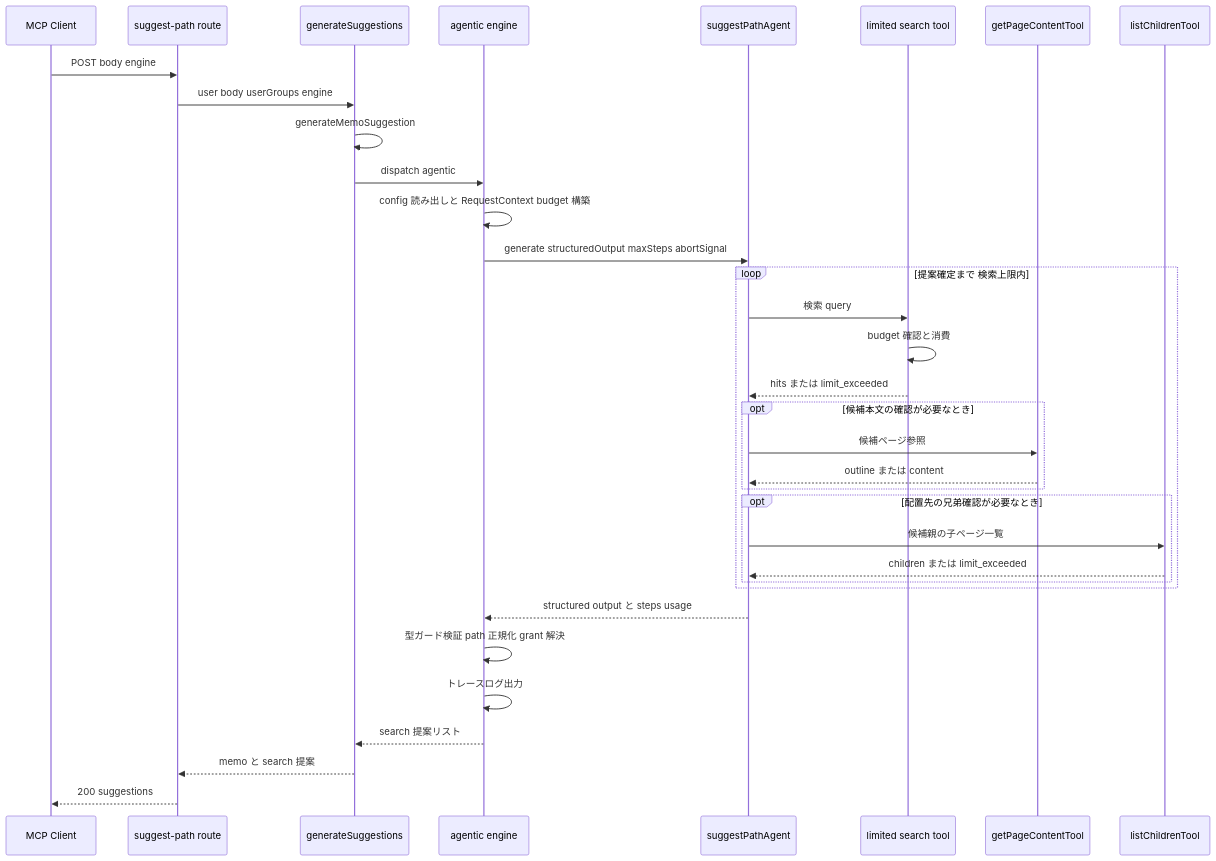
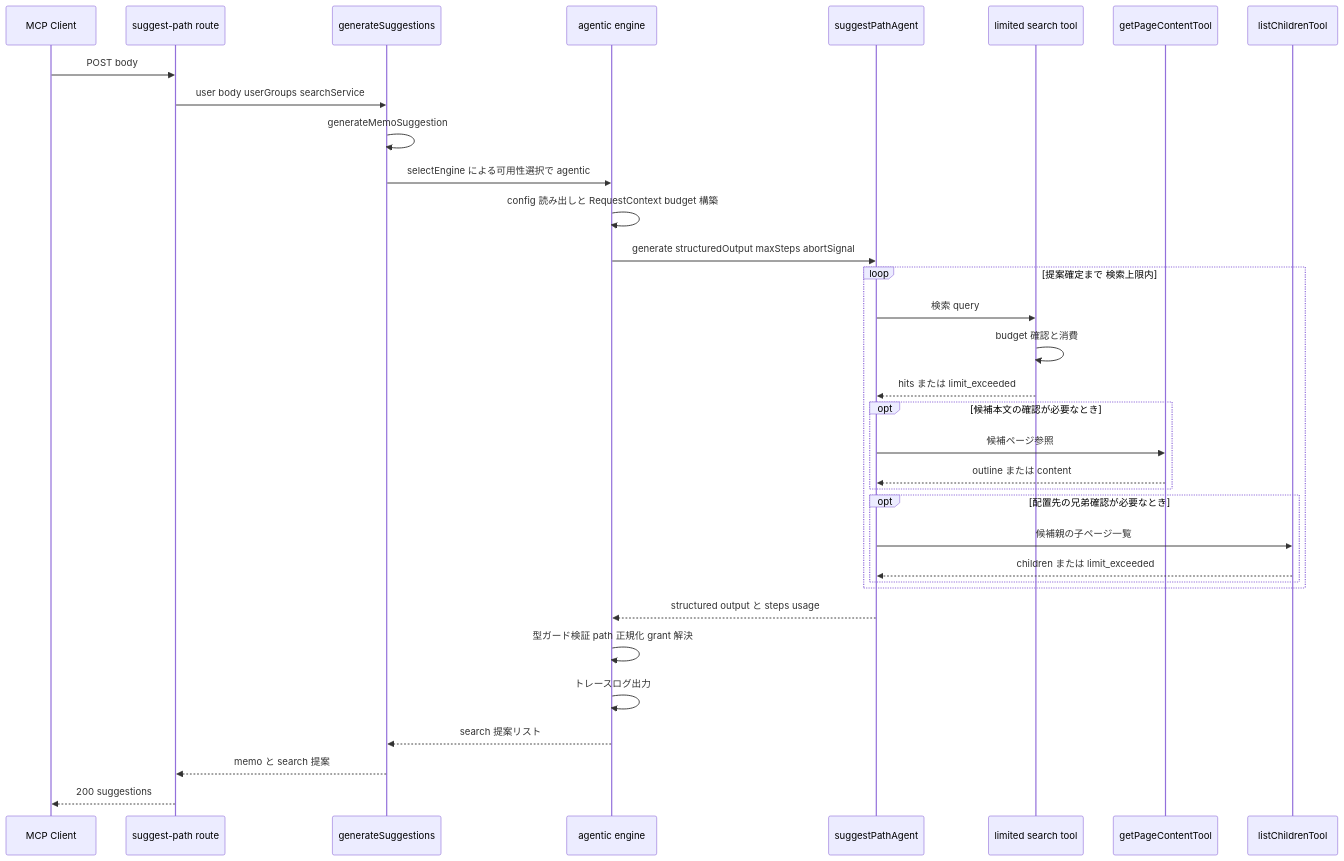
The second of 2 diagrams in .kiro/specs/suggest-path-agentic/design.md (growilabs/growi), drawn with Mermaid before and after one commit. The commit also changed other lines of this file and 1 other file, not shown here.

First line of the commit message:
docs(specs): revise suggest-path-agentic spec for availability-based engine fallback

````diff
--- a/.kiro/specs/suggest-path-agentic/design.md
+++ b/.kiro/specs/suggest-path-agentic/design.md
@@ -217,37 +218,37 @@
 ```mermaid
 sequenceDiagram
     participant Client as MCP Client
     participant Route as suggest-path route
     participant Orch as generateSuggestions
     participant Eng as agentic engine
     participant Agent as suggestPathAgent
     participant Search as limited search tool
     participant Page as getPageContentTool
     participant Children as listChildrenTool
 
-    Client->>Route: POST body engine
-    Route->>Orch: user body userGroups engine
+    Client->>Route: POST body
+    Route->>Orch: user body userGroups searchService
     Orch->>Orch: generateMemoSuggestion
-    Orch->>Eng: dispatch agentic
+    Orch->>Eng: selectEngine による可用性選択で agentic
     Eng->>Eng: config 読み出しと RequestContext budget 構築
     Eng->>Agent: generate structuredOutput maxSteps abortSignal
     loop 提案確定まで 検索上限内
         Agent->>Search: 検索 query
         Search->>Search: budget 確認と消費
         Search-->>Agent: hits または limit_exceeded
         opt 候補本文の確認が必要なとき
             Agent->>Page: 候補ページ参照
             Page-->>Agent: outline または content
         end
         opt 配置先の兄弟確認が必要なとき
             Agent->>Children: 候補親の子ページ一覧
             Children-->>Agent: children または limit_exceeded
         end
     end
     Agent-->>Eng: structured output と steps usage
     Eng->>Eng: 型ガード検証 path 正規化 grant 解決
     Eng->>Eng: トレースログ出力
     Eng-->>Orch: search 提案リスト
     Orch-->>Route: memo と search 提案
     Route-->>Client: 200 suggestions
 ```
````
